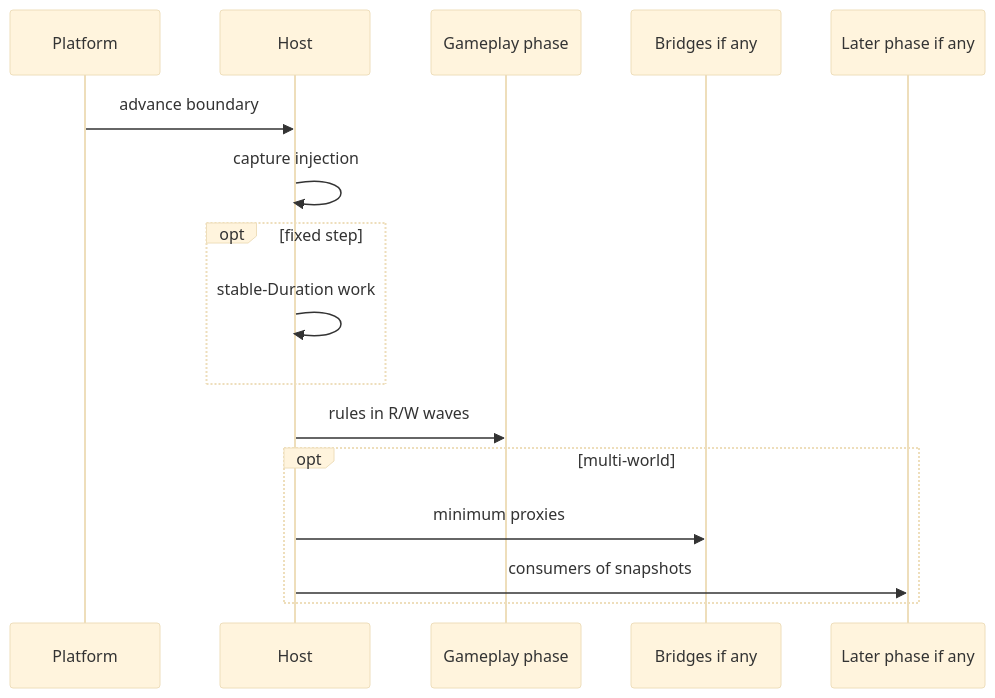
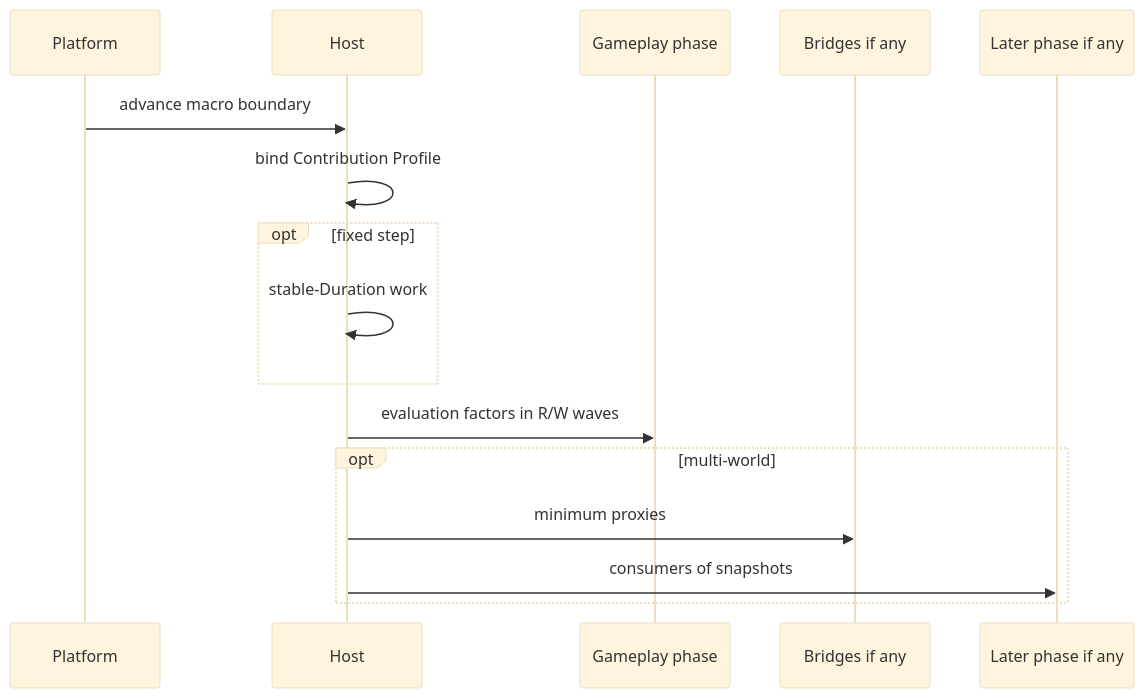
The sixth of 6 diagrams in src/content/articles/another-way-to-think-about-game-architecture.md (fm39hz/fm39hz-blogs), drawn with Mermaid (base theme) before and after one commit. The commit also changed other lines of this file and 4 other files, not shown here.

````diff
--- a/src/content/articles/another-way-to-think-about-game-architecture.md
+++ b/src/content/articles/another-way-to-think-about-game-architecture.md
@@ -478,19 +468,19 @@
 ```mermaid
 sequenceDiagram
     participant Platform
     participant Host
     participant G as Gameplay phase
     participant Br as Bridges if any
     participant L as Later phase if any
 
-    Platform->>Host: advance boundary
-    Host->>Host: capture injection
+    Platform->>Host: advance macro boundary
+    Host->>Host: bind Contribution Profile
     opt fixed step
         Host->>Host: stable-Duration work
     end
-    Host->>G: rules in R/W waves
+    Host->>G: evaluation factors in R/W waves
     opt multi-world
         Host->>Br: minimum proxies
         Host->>L: consumers of snapshots
     end
 ```
````
